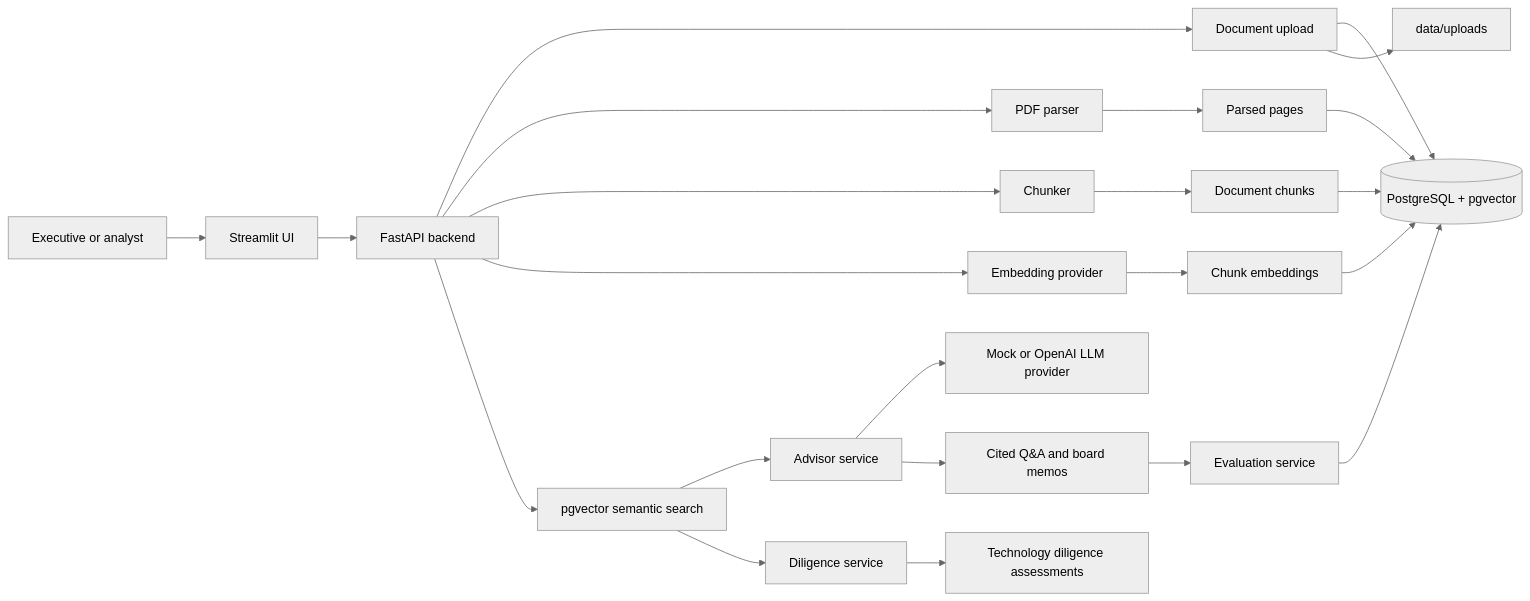
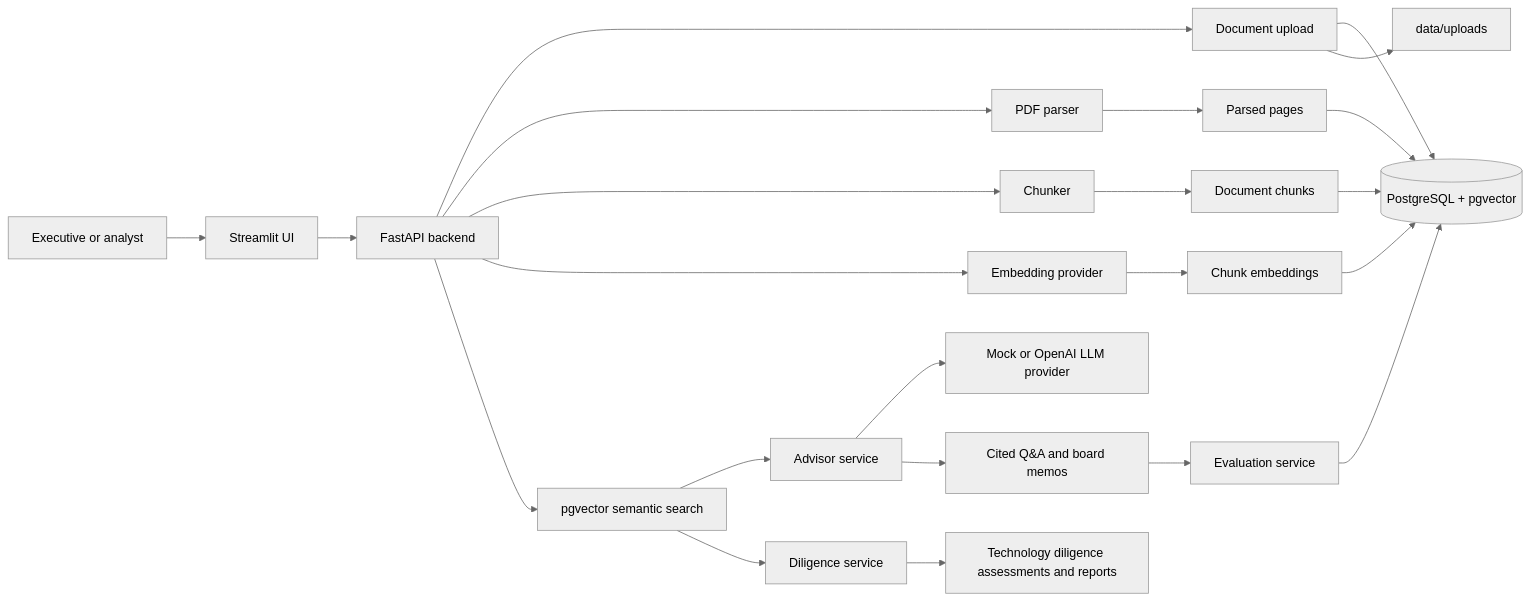
One commit to serewicz/Executive-AI-Advisor changed the diagram in docs/Architecture.md. Above: the diagram before and after it, drawn with Mermaid (neutral theme). The commit also changed other lines of this file and 13 other files, not shown here.

Commit message:
Add technology due diligence report generator

````diff
--- a/docs/Architecture.md
+++ b/docs/Architecture.md
@@ -9,25 +9,25 @@
 ```mermaid
 flowchart LR
     User["Executive or analyst"] --> UI["Streamlit UI"]
     UI --> API["FastAPI backend"]
     API --> Upload["Document upload"]
     Upload --> DB[("PostgreSQL + pgvector")]
     Upload --> Files["data/uploads"]
     API --> Parser["PDF parser"]
     Parser --> Pages["Parsed pages"]
     Pages --> DB
     API --> Chunker["Chunker"]
     Chunker --> Chunks["Document chunks"]
     Chunks --> DB
     API --> Embedder["Embedding provider"]
     Embedder --> Vectors["Chunk embeddings"]
     Vectors --> DB
     API --> Search["pgvector semantic search"]
     Search --> Advisor["Advisor service"]
     Advisor --> LLM["Mock or OpenAI LLM provider"]
     Advisor --> Answers["Cited Q&A and board memos"]
     Search --> Diligence["Diligence service"]
-    Diligence --> Assessments["Technology diligence assessments"]
+    Diligence --> Assessments["Technology diligence assessments and reports"]
     Answers --> Evaluation["Evaluation service"]
     Evaluation --> DB
 ```
````
